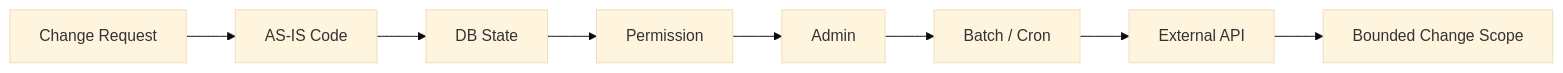
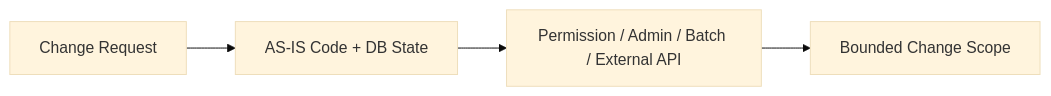
Before and after one commit to tomtomjskim/jsnetworkcorp-portfolio: the third of 6 diagrams in PORTFOLIO-AX.md, drawn with Mermaid (base theme). The commit also changed other lines of this file and 5 other files, not shown here.

First line of the commit message:
portfolio: compact AX diagrams after visual QA

````diff
--- a/PORTFOLIO-AX.md
+++ b/PORTFOLIO-AX.md
@@ -69,10 +63,6 @@
 ```mermaid
 flowchart LR
-    R[Change Request] --> C[AS-IS Code]
-    C --> DB[DB State]
-    DB --> P[Permission]
-    P --> A[Admin]
-    A --> B[Batch / Cron]
-    B --> X[External API]
-    X --> S[Bounded Change Scope]
+    R[Change Request] --> A[AS-IS Code + DB State]
+    A --> B[Permission / Admin / Batch / External API]
+    B --> S[Bounded Change Scope]
 ```
````
